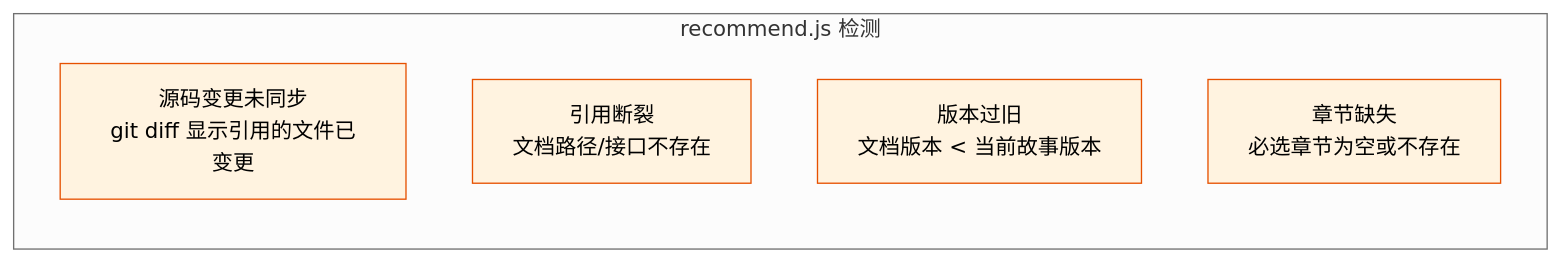
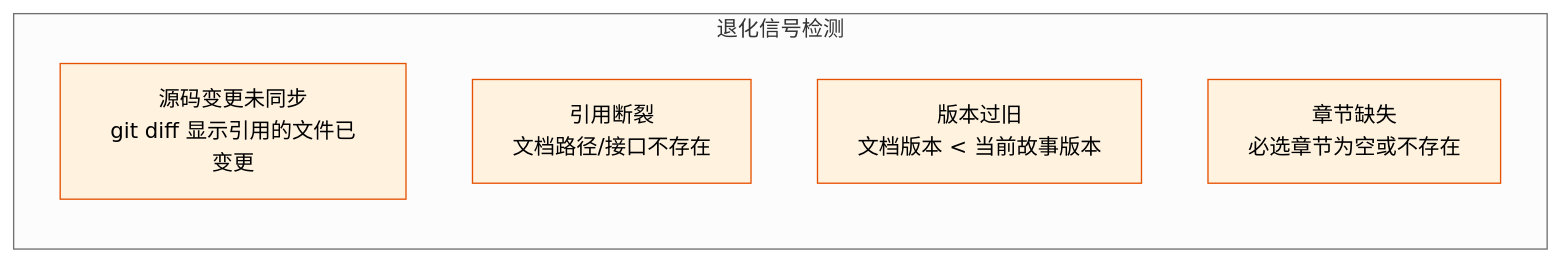
Before and after one commit to effiy/YrY: the ninth of 13 diagrams in skills/rui/coder.md, drawn with Mermaid (neutral theme). The commit also changed other lines of this file and 14 other files, not shown here.

````diff
--- a/skills/rui/coder.md
+++ b/skills/rui/coder.md
@@ -254,11 +254,11 @@
 ```mermaid
 flowchart LR
-    subgraph 检测["recommend.js 检测"]
+    subgraph 检测["退化信号检测"]
         S1["源码变更未同步<br/>git diff 显示引用的文件已变更"]:::sig
         S2["引用断裂<br/>文档路径/接口不存在"]:::sig
         S3["版本过旧<br/>文档版本 < 当前故事版本"]:::sig
         S4["章节缺失<br/>必选章节为空或不存在"]:::sig
     end
 
     classDef sig fill:#fff3e0,stroke:#e65100;
 ```
````
